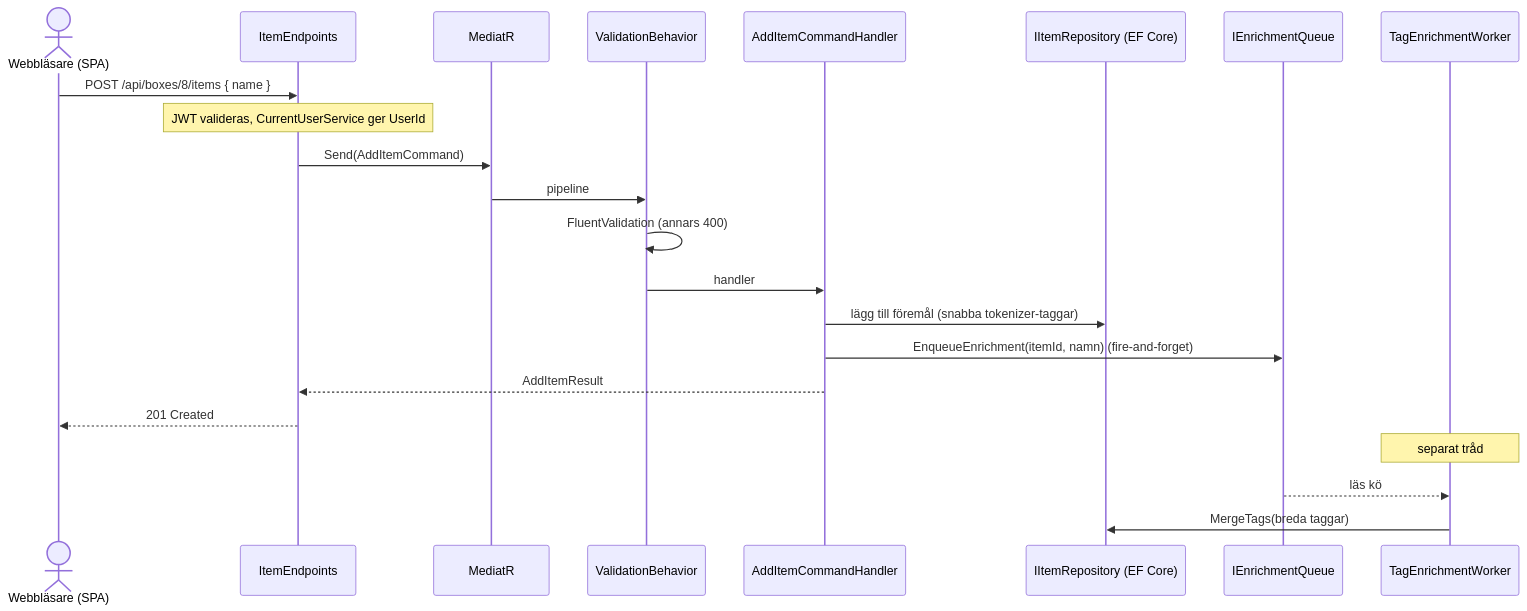
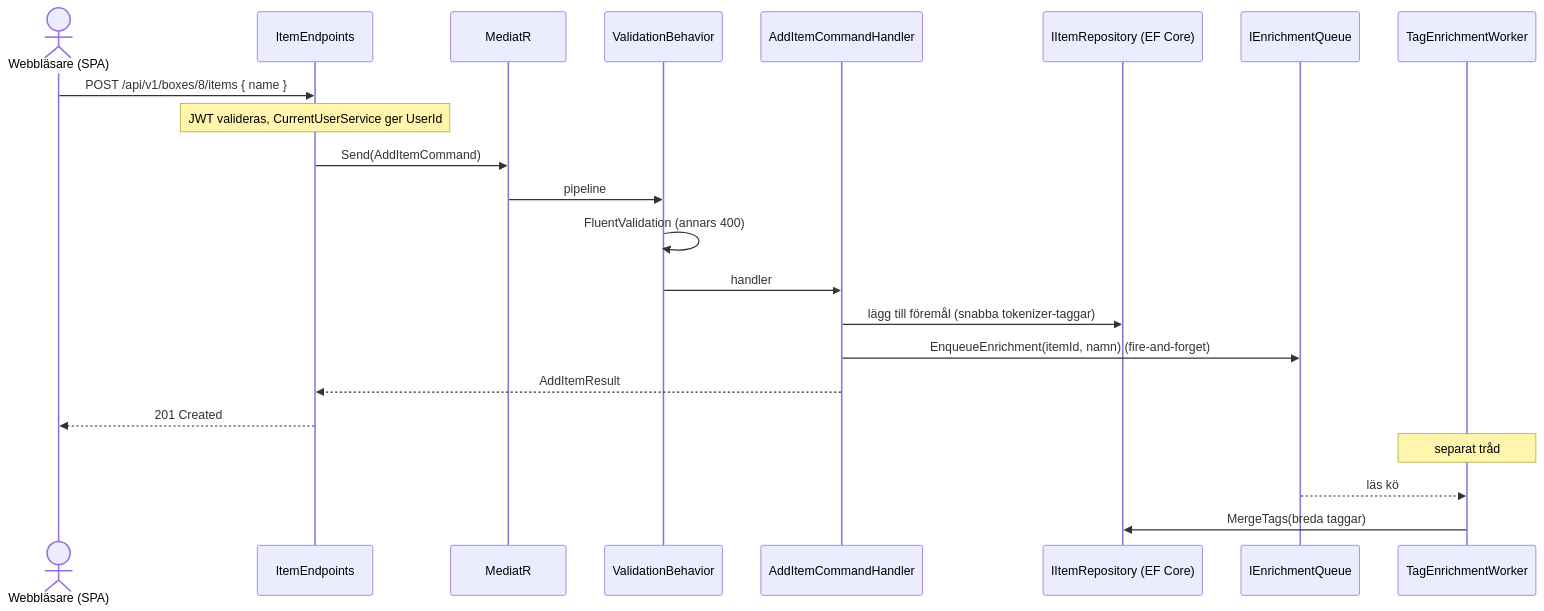
One commit to antfolkarn/Stuff_In_A_Box changed the second of 5 diagrams in docs/ARCHITECTURE.md. Above: the diagram before and after it, drawn with Mermaid. The commit also changed other lines of this file and 23 other files, not shown here.

````diff
--- a/docs/ARCHITECTURE.md
+++ b/docs/ARCHITECTURE.md
@@ -69,25 +69,25 @@
 ```mermaid
 sequenceDiagram
     actor U as Webbläsare (SPA)
     participant EP as ItemEndpoints
     participant M as MediatR
     participant V as ValidationBehavior
     participant H as AddItemCommandHandler
     participant R as IItemRepository (EF Core)
     participant Q as IEnrichmentQueue
     participant W as TagEnrichmentWorker
 
-    U->>EP: POST /api/boxes/8/items { name }
+    U->>EP: POST /api/v1/boxes/8/items { name }
     Note over EP: JWT valideras, CurrentUserService ger UserId
     EP->>M: Send(AddItemCommand)
     M->>V: pipeline
     V->>V: FluentValidation (annars 400)
     V->>H: handler
     H->>R: lägg till föremål (snabba tokenizer-taggar)
     H->>Q: EnqueueEnrichment(itemId, namn)  (fire-and-forget)
     H-->>EP: AddItemResult
     EP-->>U: 201 Created
     Note over W: separat tråd
     Q-->>W: läs kö
     W->>R: MergeTags(breda taggar)
 ```
````
